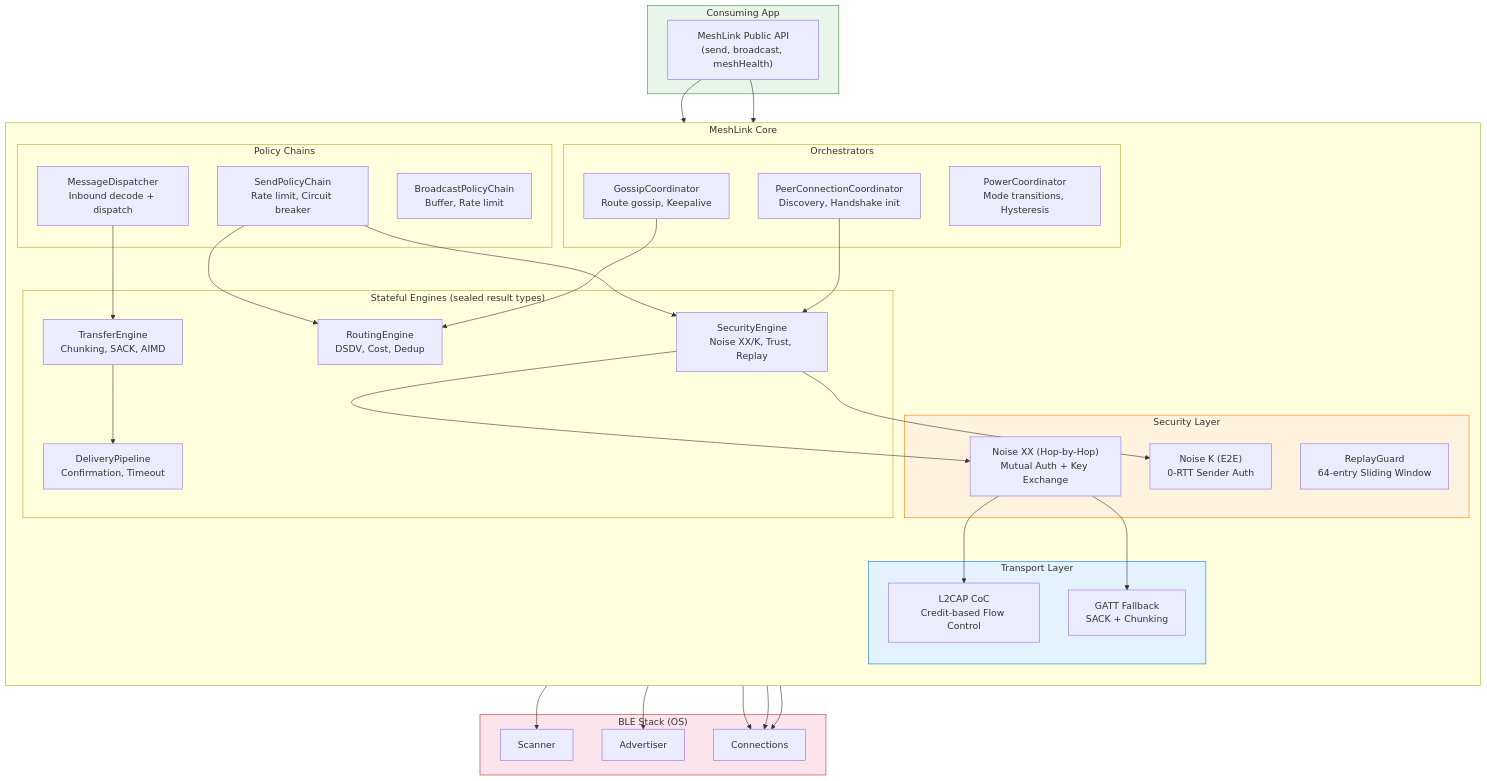
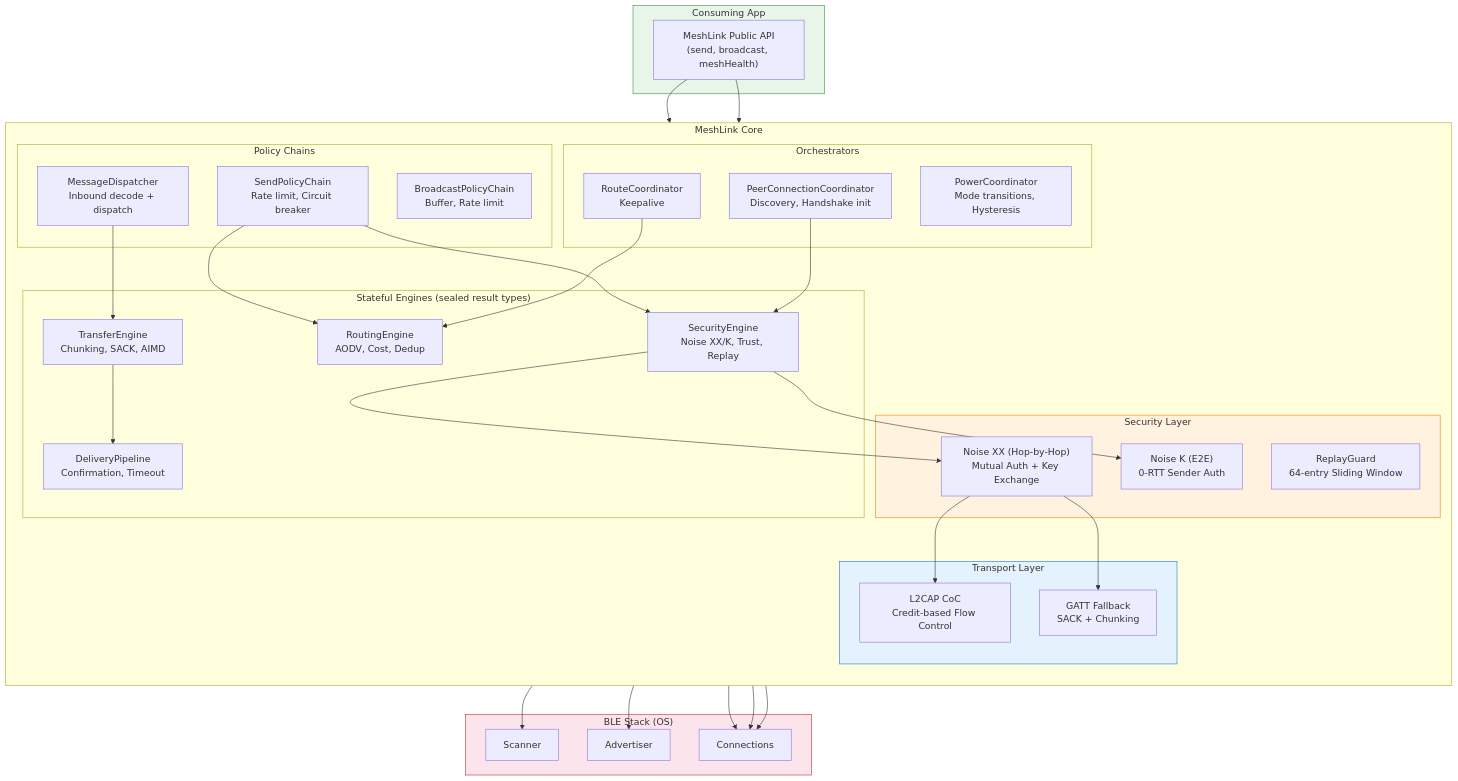
Before and after one commit to trancee/MeshLink: the sixth of 14 diagrams in docs/diagrams.md, drawn with Mermaid. The commit also changed other lines of this file and 5 other files, not shown here.

First line of the commit message:
docs: clean up documentation — de-duplicate design.md, fix DSDV→AODV terminology across all docs

````diff
--- a/docs/diagrams.md
+++ b/docs/diagrams.md
@@ -152,65 +154,65 @@
 ```mermaid
 flowchart TB
     subgraph App["Consuming App"]
         API["MeshLink Public API<br/>(send, broadcast, meshHealth)"]
     end
 
     subgraph Core["MeshLink Core"]
         direction TB
 
         subgraph Engines["Stateful Engines (sealed result types)"]
             SE["SecurityEngine<br/>Noise XX/K, Trust, Replay"]
-            RE["RoutingEngine<br/>DSDV, Cost, Dedup"]
+            RE["RoutingEngine<br/>AODV, Cost, Dedup"]
             TE["TransferEngine<br/>Chunking, SACK, AIMD"]
             DP["DeliveryPipeline<br/>Confirmation, Timeout"]
         end
 
         subgraph Coordinators["Orchestrators"]
             PC["PowerCoordinator<br/>Mode transitions, Hysteresis"]
-            GC["GossipCoordinator<br/>Route gossip, Keepalive"]
+            GC["RouteCoordinator<br/>Keepalive"]
             PCC["PeerConnectionCoordinator<br/>Discovery, Handshake init"]
         end
 
         subgraph Policies["Policy Chains"]
             SPC["SendPolicyChain<br/>Rate limit, Circuit breaker"]
             BPC["BroadcastPolicyChain<br/>Buffer, Rate limit"]
             MD["MessageDispatcher<br/>Inbound decode + dispatch"]
         end
 
         subgraph Security["Security Layer"]
             NK["Noise K (E2E)<br/>0-RTT Sender Auth"]
             NXX["Noise XX (Hop-by-Hop)<br/>Mutual Auth + Key Exchange"]
             RC["ReplayGuard<br/>64-entry Sliding Window"]
         end
 
         subgraph Transport["Transport Layer"]
             L2CAP["L2CAP CoC<br/>Credit-based Flow Control"]
             GATT["GATT Fallback<br/>SACK + Chunking"]
         end
     end
 
     subgraph BLE["BLE Stack (OS)"]
         SCAN["Scanner"]
         ADV["Advertiser"]
         CONN["Connections"]
     end
 
     API --> SPC & BPC
     SPC --> SE
     SPC --> RE
     SE --> NXX & NK
     TE --> DP
     MD --> TE
     GC --> RE
     PCC --> SE
 
     NXX --> L2CAP & GATT
     L2CAP & GATT --> CONN
     PC --> SCAN & ADV
     PCC --> CONN
 
     style App fill:#e8f5e9,stroke:#388e3c
     style Security fill:#fff3e0,stroke:#f57c00
     style Transport fill:#e3f2fd,stroke:#1976d2
     style BLE fill:#fce4ec,stroke:#c62828
 ```
````
